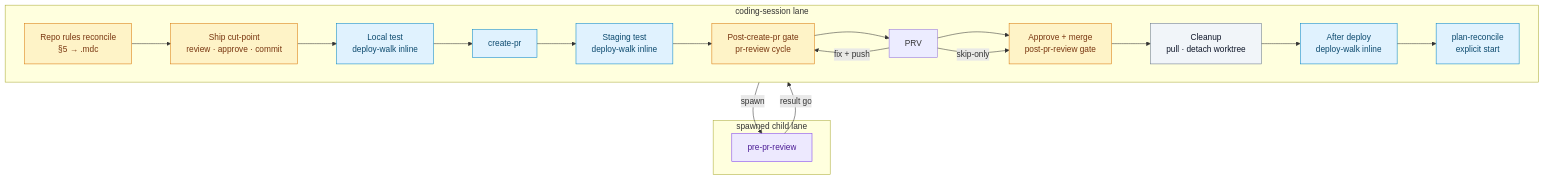
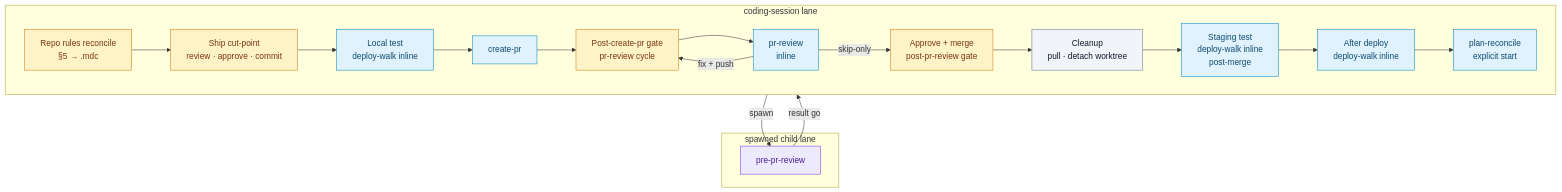
The diagram in missions/plan-and-deliver/skills/coding-session/SKILL.md (sedea-tapcart/research-and-development), drawn with Mermaid before and after one commit. The commit also changed other lines of this file and 6 other files, not shown here.

First line of the commit message:
Align Staging deploy-walk to post-merge Model A timing.

````diff
--- a/missions/plan-and-deliver/skills/coding-session/SKILL.md
+++ b/missions/plan-and-deliver/skills/coding-session/SKILL.md
@@ -778,33 +778,34 @@
 ```mermaid
 flowchart TB
   classDef inline fill:#e0f2fe,stroke:#0284c7,color:#0c4a6e
   classDef spawn fill:#ede9fe,stroke:#7c3aed,color:#4c1d95
   classDef gate fill:#fef3c7,stroke:#d97706,color:#78350f
   classDef proc fill:#f1f5f9,stroke:#64748b,color:#0f172a
 
   subgraph CS["coding-session lane"]
     direction LR
     RRC["Repo rules reconcile<br/>§5 → .mdc"]:::gate
     CUT["Ship cut-point<br/>review · approve · commit"]:::gate
     LTW["Local test<br/>deploy-walk inline"]:::inline
     CPR["create-pr"]:::inline
-    STW["Staging test<br/>deploy-walk inline"]:::inline
-    PRV --> MRG["Approve + merge<br/>post-pr-review gate"]:::gate
+    PRV["pr-review<br/>inline"]:::inline
+    PCP["Post-create-pr gate<br/>pr-review cycle"]:::gate
+    MRG["Approve + merge<br/>post-pr-review gate"]:::gate
     PMC["Cleanup<br/>pull · detach worktree"]:::proc
+    STW["Staging test<br/>deploy-walk inline<br/>post-merge"]:::inline
     ADW["After deploy<br/>deploy-walk inline"]:::inline
     REC["plan-reconcile<br/>explicit start"]:::inline
-    PCP["Post-create-pr gate<br/>pr-review cycle"]:::gate
     RRC --> CUT --> LTW --> CPR
-    CPR --> STW --> PCP --> PRV
+    CPR --> PCP --> PRV
     PRV -->|skip-only| MRG
     PRV -->|fix + push| PCP
-    MRG --> PMC --> ADW --> REC
+    MRG --> PMC --> STW --> ADW --> REC
   end
 
   subgraph CHILD["spawned child lane"]
     PPR["pre-pr-review"]:::spawn
   end
 
   LTW -->|spawn| PPR
   PPR -->|result go| CPR
 ```
````
